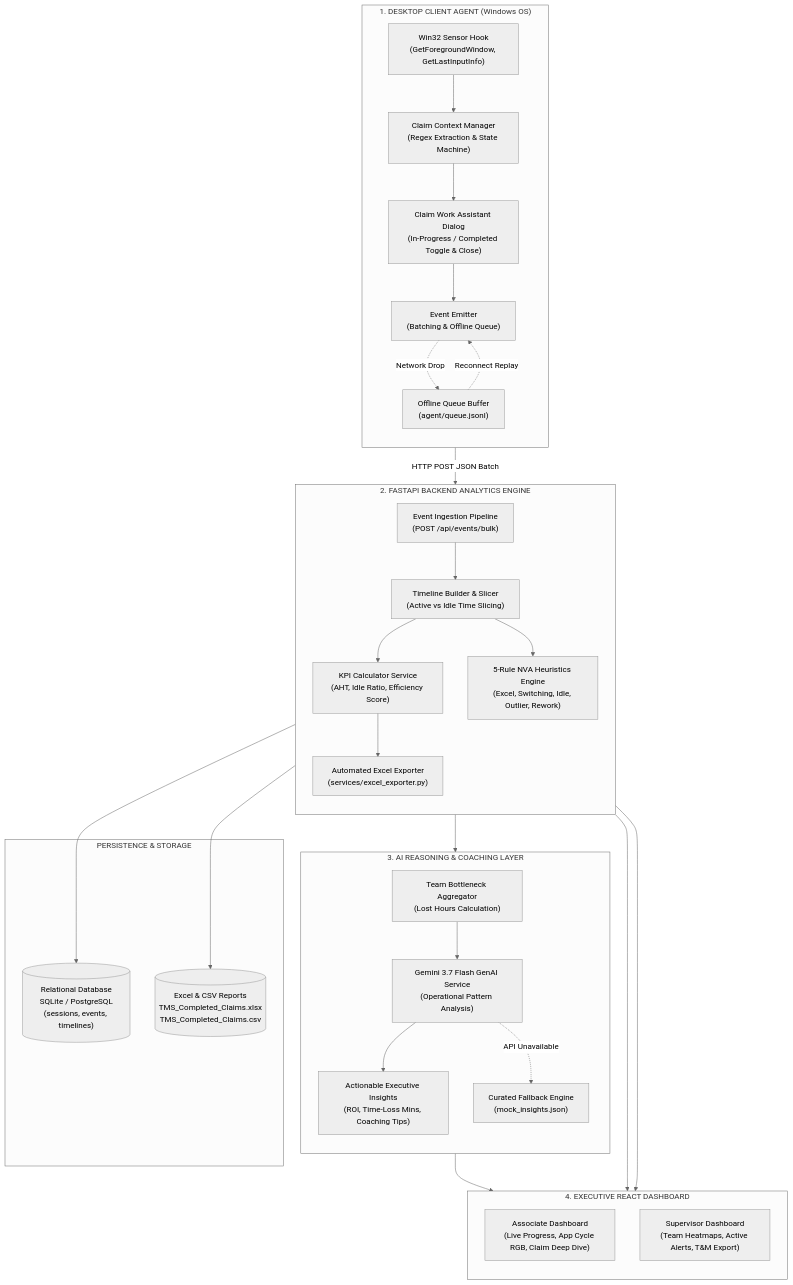
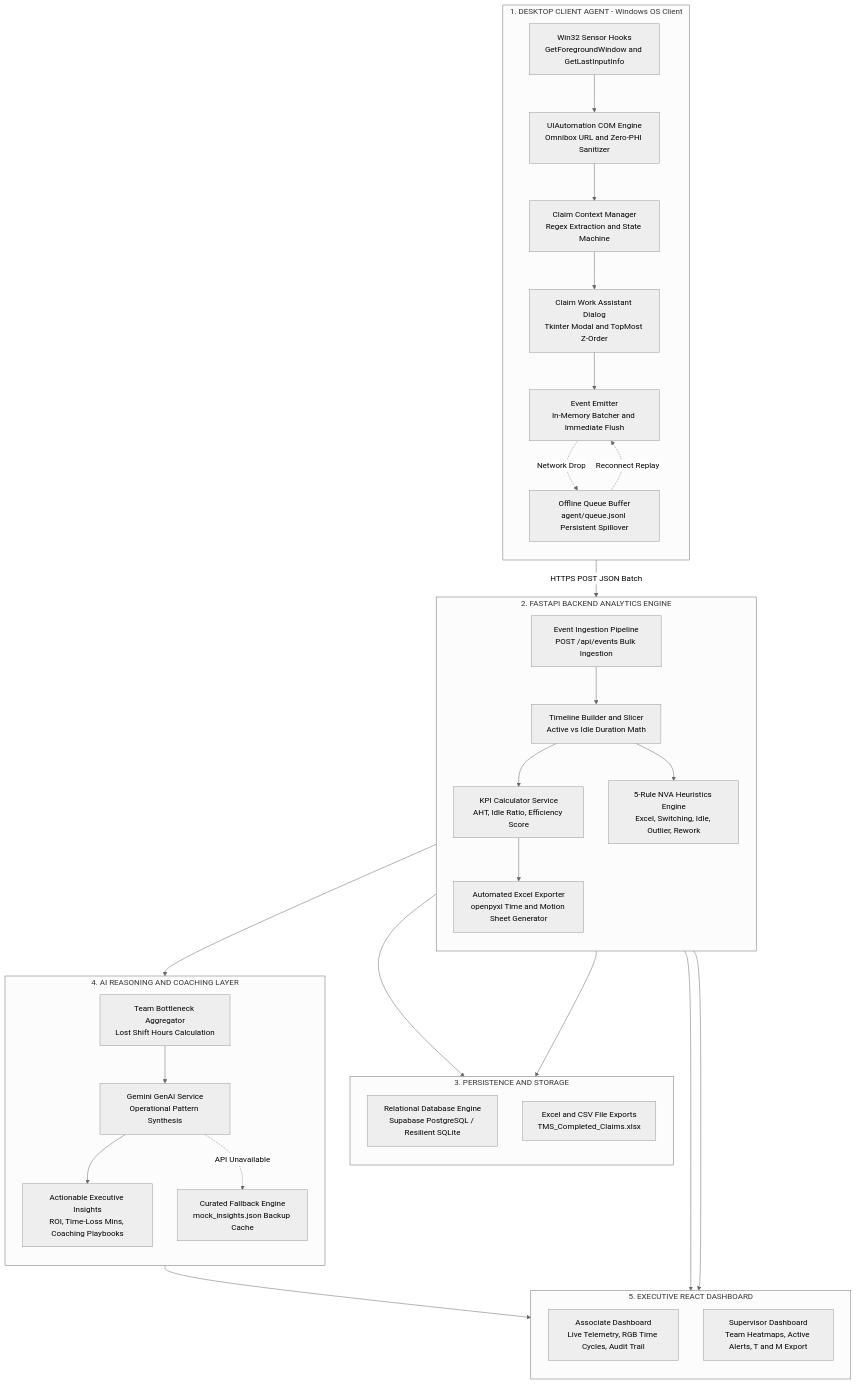
One commit to Gokul2004-ne/TMS changed the first of 3 diagrams in README.md. Above: the diagram before and after it, drawn with Mermaid (neutral theme). The commit also changed other lines of this file and 6 other files, not shown here.

Commit message:
fix: resolve premature login trigger, relogin activation, live tracking sync, and Mermaid render in docs

````diff
--- a/README.md
+++ b/README.md
@@ -39,62 +39,65 @@
 ```mermaid
 flowchart TD
-    subgraph ClientLayer ["1. DESKTOP CLIENT AGENT (Windows OS)"]
+    subgraph ClientLayer ["1. DESKTOP CLIENT AGENT - Windows OS Client"]
         direction TB
-        W32["Win32 Sensor Hook<br/>(GetForegroundWindow, GetLastInputInfo)"]
-        CCM["Claim Context Manager<br/>(Regex Extraction & State Machine)"]
-        DLG["Claim Work Assistant Dialog<br/>(In-Progress / Completed Toggle & Close)"]
-        EMIT["Event Emitter<br/>(Batching & Offline Queue)"]
-        DISK["Offline Queue Buffer<br/>(agent/queue.jsonl)"]
+        W32["Win32 Sensor Hooks<br>GetForegroundWindow and GetLastInputInfo"]
+        UIA["UIAutomation COM Engine<br>Omnibox URL and Zero-PHI Sanitizer"]
+        CCM["Claim Context Manager<br>Regex Extraction and State Machine"]
+        DLG["Claim Work Assistant Dialog<br>Tkinter Modal and TopMost Z-Order"]
+        EMIT["Event Emitter<br>In-Memory Batcher and Immediate Flush"]
+        DISK["Offline Queue Buffer<br>agent/queue.jsonl Persistent Spillover"]
 
-        W32 --> CCM
+        W32 --> UIA
+        UIA --> CCM
         CCM --> DLG
         DLG --> EMIT
         EMIT -.->|Network Drop| DISK
         DISK -.->|Reconnect Replay| EMIT
     end
 
     subgraph BackendLayer ["2. FASTAPI BACKEND ANALYTICS ENGINE"]
         direction TB
-        INGEST["Event Ingestion Pipeline<br/>(POST /api/events/bulk)"]
-        TLB["Timeline Builder & Slicer<br/>(Active vs Idle Time Slicing)"]
-        KPI["KPI Calculator Service<br/>(AHT, Idle Ratio, Efficiency Score)"]
-        NVA["5-Rule NVA Heuristics Engine<br/>(Excel, Switching, Idle, Outlier, Rework)"]
-        XLS["Automated Excel Exporter<br/>(services/excel_exporter.py)"]
+        INGEST["Event Ingestion Pipeline<br>POST /api/events Bulk Ingestion"]
+        TLB["Timeline Builder and Slicer<br>Active vs Idle Duration Math"]
+        KPI["KPI Calculator Service<br>AHT, Idle Ratio, Efficiency Score"]
+        NVA["5-Rule NVA Heuristics Engine<br>Excel, Switching, Idle, Outlier, Rework"]
+        XLS["Automated Excel Exporter<br>openpyxl Time and Motion Sheet Generator"]
 
         INGEST --> TLB
         TLB --> KPI
         TLB --> NVA
         KPI --> XLS
     end
 
-    subgraph StorageLayer ["PERSISTENCE & STORAGE"]
-        DB[("Relational Database<br/>SQLite / PostgreSQL<br/>(sessions, events, timelines)")]
-        XLS_FILE[("Excel & CSV Reports<br/>TMS_Completed_Claims.xlsx<br/>TMS_Completed_Claims.csv")]
+    subgraph StorageLayer ["3. PERSISTENCE AND STORAGE"]
+        direction TB
+        DB["Relational Database Engine<br>Supabase PostgreSQL / Resilient SQLite"]
+        XLS_FILE["Excel and CSV File Exports<br>TMS_Completed_Claims.xlsx"]
     end
 
-    subgraph AILayer ["3. AI REASONING & COACHING LAYER"]
+    subgraph AILayer ["4. AI REASONING AND COACHING LAYER"]
         direction TB
-        AGG["Team Bottleneck Aggregator<br/>(Lost Hours Calculation)"]
-        GEMINI["Gemini 3.7 Flash GenAI Service<br/>(Operational Pattern Analysis)"]
-        INSIGHTS["Actionable Executive Insights<br/>(ROI, Time-Loss Mins, Coaching Tips)"]
-        FALLBACK["Curated Fallback Engine<br/>(mock_insights.json)"]
+        AGG["Team Bottleneck Aggregator<br>Lost Shift Hours Calculation"]
+        GEMINI["Gemini GenAI Service<br>Operational Pattern Synthesis"]
+        INSIGHTS["Actionable Executive Insights<br>ROI, Time-Loss Mins, Coaching Playbooks"]
+        FALLBACK["Curated Fallback Engine<br>mock_insights.json Backup Cache"]
 
         AGG --> GEMINI
         GEMINI --> INSIGHTS
         GEMINI -.->|API Unavailable| FALLBACK
     end
 
-    subgraph DashboardLayer ["4. EXECUTIVE REACT DASHBOARD"]
+    subgraph DashboardLayer ["5. EXECUTIVE REACT DASHBOARD"]
         direction TB
-        ASSOC_DASH["Associate Dashboard<br/>(Live Progress, App Cycle RGB, Claim Deep Dive)"]
-        SUP_DASH["Supervisor Dashboard<br/>(Team Heatmaps, Active Alerts, T&M Export)"]
+        ASSOC_DASH["Associate Dashboard<br>Live Telemetry, RGB Time Cycles, Audit Trail"]
+        SUP_DASH["Supervisor Dashboard<br>Team Heatmaps, Active Alerts, T and M Export"]
     end
 
-    EMIT -->|HTTP POST JSON Batch| INGEST
+    EMIT -->|HTTPS POST JSON Batch| INGEST
     TLB --> DB
     XLS --> XLS_FILE
     NVA --> AGG
     NVA --> ASSOC_DASH
     NVA --> SUP_DASH
     INSIGHTS --> SUP_DASH
 ```
````
